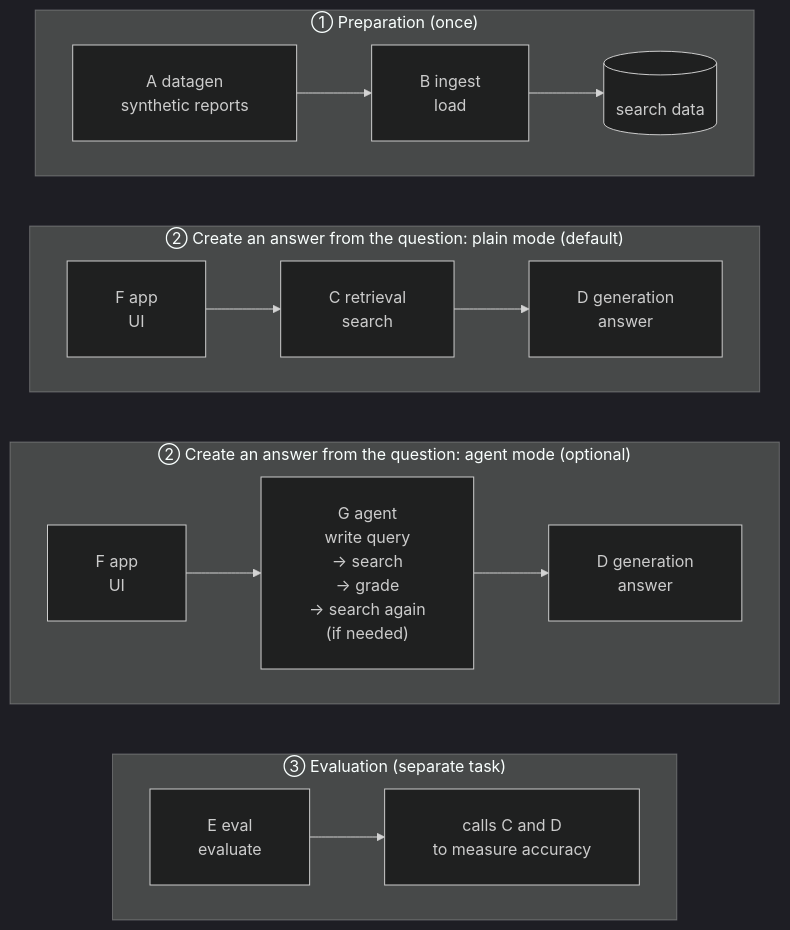
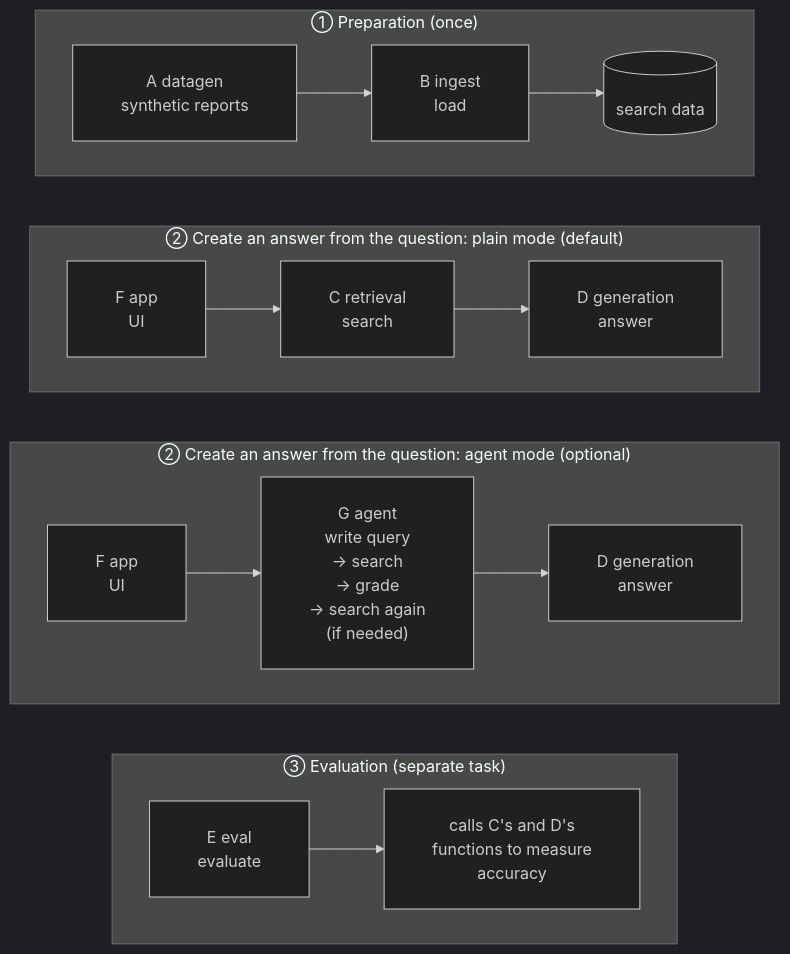
The first of 3 diagrams in README_en.md (satoshi-abe-dev/silo-rag), drawn with Mermaid (dark theme) before and after one commit. The commit also changed other lines of this file and 4 other files, not shown here.

````diff
--- a/README_en.md
+++ b/README_en.md
@@ -125,23 +125,23 @@
 ```mermaid
 %%{init: {"flowchart": {"padding": 24, "wrappingWidth": 400}}}%%
 graph TB
     subgraph prep["① Preparation (once)"]
         direction LR
         A["A datagen<br/>synthetic reports"] --> B["B ingest<br/>load"] --> DB[("search data")]
     end
     subgraph plain["② Create an answer from the question: plain mode (default)"]
         direction LR
         F1["F app<br/>UI"] --> C1["C retrieval<br/>search"] --> D1["D generation<br/>answer"]
     end
     subgraph agent["② Create an answer from the question: agent mode (optional)"]
         direction LR
         F2["F app<br/>UI"] --> G["G agent<br/>write query<br/>→ search<br/>→ grade<br/>→ search again<br/>(if needed)"] --> D2["D generation<br/>answer"]
     end
     subgraph ev["③ Evaluation (separate task)"]
         direction LR
-        E["E eval<br/>evaluate"] --> CD["calls C and D<br/>to measure accuracy"]
+        E["E eval<br/>evaluate"] --> CD["calls C's and D's<br/>functions to measure<br/>accuracy"]
     end
     prep ~~~ plain
     plain ~~~ agent
     agent ~~~ ev
 ```
````
